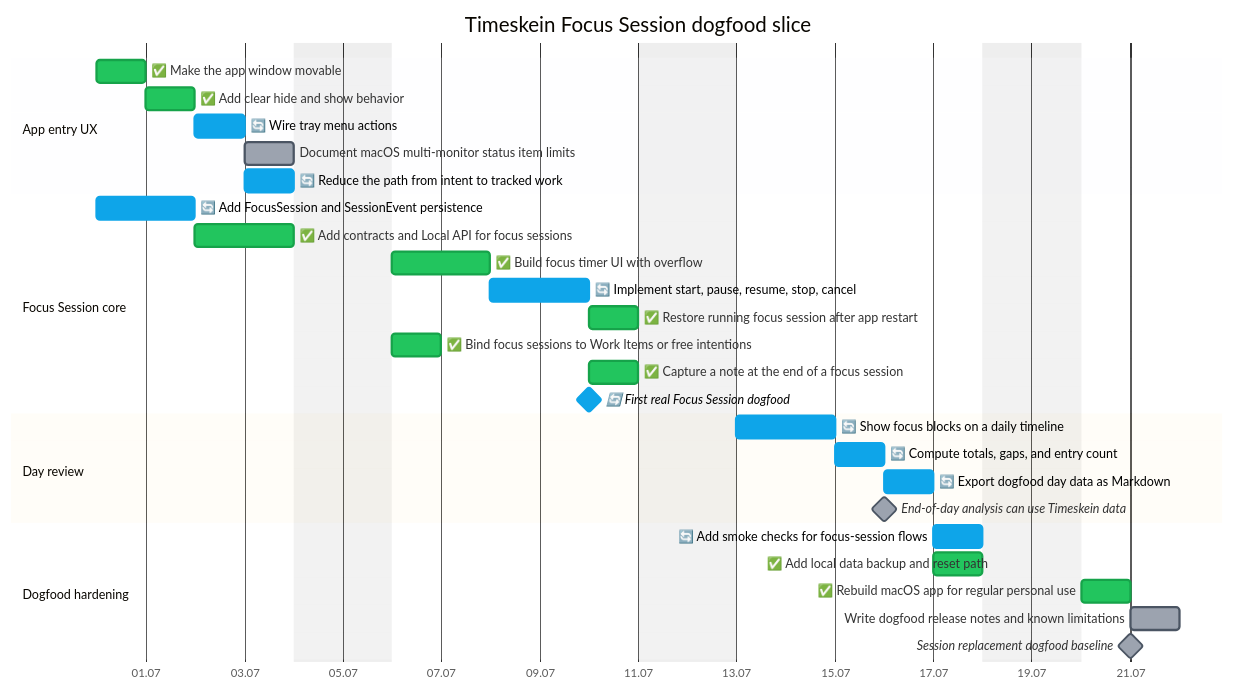
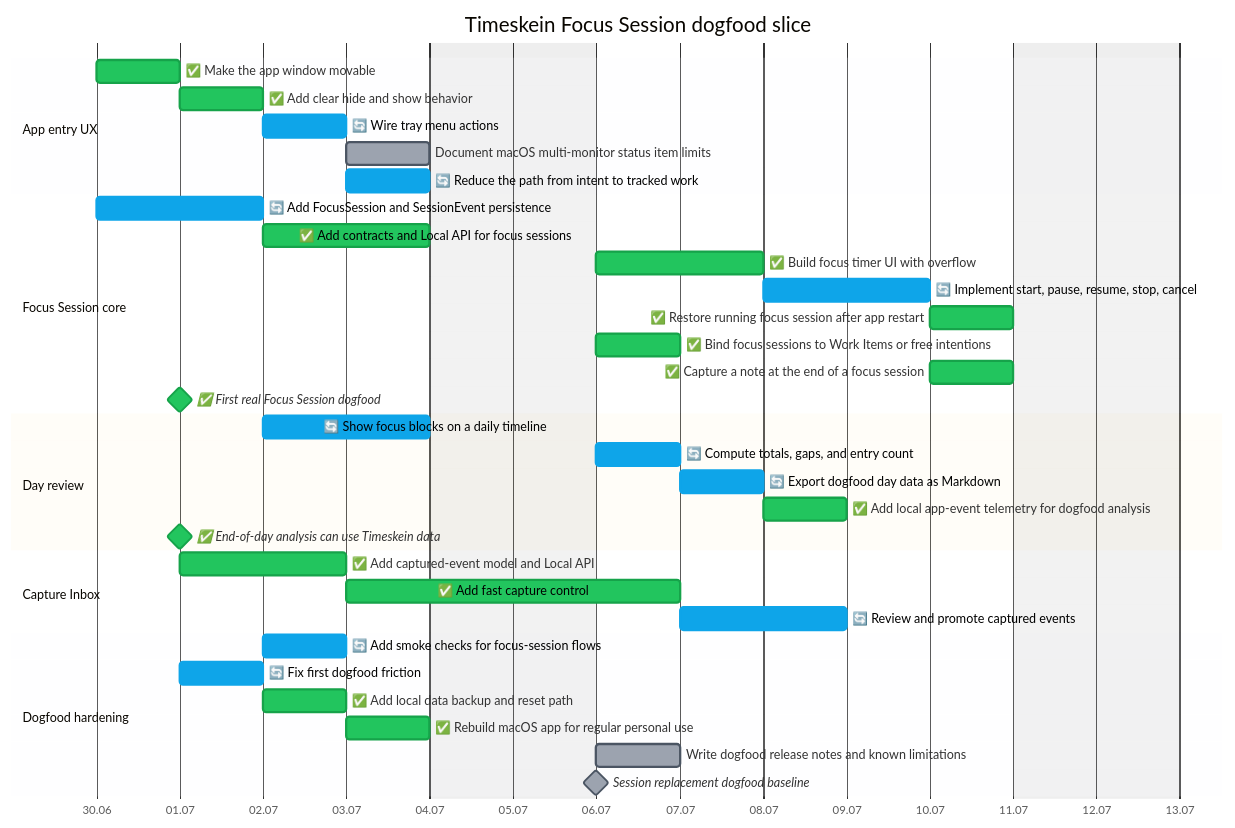
One commit to asukhodko/timeskein changed the second of 2 diagrams in docs/roadmap/opskarta.md. Above: the diagram before and after it, drawn with Mermaid. The commit also changed other lines of this file and 49 other files, not shown here.

Commit message:
Add post-dogfood capture inbox baseline

````diff
--- a/docs/roadmap/opskarta.md
+++ b/docs/roadmap/opskarta.md
@@ -60,36 +64,42 @@
 ```mermaid
 %%{init: {"theme": "base", "themeVariables": {"taskBkgColor": "#9ca3af", "taskBorderColor": "#4b5563", "taskTextColor": "#000000", "taskTextDarkColor": "#000000", "taskTextLightColor": "#000000", "activeTaskBkgColor": "#0ea5e9", "activeTaskBorderColor": "#0ea5e9", "doneTaskBkgColor": "#22c55e", "doneTaskBorderColor": "#16a34a", "critBkgColor": "#fecaca", "critBorderColor": "#fecaca", "todayLineColor": "#ef4444"}} }%%
 
 gantt
     title Timeskein Focus Session dogfood slice
     dateFormat YYYY-MM-DD
     axisFormat %d.%m
     excludes weekends
 
     section App entry UX
     ✅ Make the app window movable  :done, ts_ux_entry_window_drag,    2026-06-30, 1d
     ✅ Add clear hide and show behavior  :done, ts_ux_entry_hide_toggle,    2026-07-01, 1d
     🔄 Wire tray menu actions  :active, ts_ux_entry_tray_actions,    2026-07-02, 1d
     Document macOS multi-monitor status item limits  :ts_ux_entry_monitor_policy,    2026-07-03, 1d
     🔄 Reduce the path from intent to tracked work  :active, ts_ux_entry_fast_track_flow,    2026-07-03, 1d
     section Focus Session core
     🔄 Add FocusSession and SessionEvent persistence  :active, ts_focus_core_model_migrations,    2026-06-30, 2d
     ✅ Add contracts and Local API for focus sessions  :done, ts_focus_core_contracts_api,    2026-07-02, 2d
     ✅ Build focus timer UI with overflow  :done, ts_focus_core_timer_ui,    2026-07-06, 2d
     🔄 Implement start, pause, resume, stop, cancel  :active, ts_focus_core_session_lifecycle,    2026-07-08, 2d
     ✅ Restore running focus session after app restart  :done, ts_focus_core_restart_restore,    2026-07-10, 1d
     ✅ Bind focus sessions to Work Items or free intentions  :done, ts_focus_core_work_item_binding,    2026-07-06, 1d
     ✅ Capture a note at the end of a focus session  :done, ts_focus_core_session_notes,    2026-07-10, 1d
-    🔄 First real Focus Session dogfood  :milestone, active, ts_focus_core_dogfood_gate,    2026-07-10, 0d
+    ✅ First real Focus Session dogfood  :milestone, done, ts_focus_core_dogfood_gate,    2026-07-01, 0d
     section Day review
-    🔄 Show focus blocks on a daily timeline  :active, ts_day_review_timeline,    2026-07-13, 2d
-    🔄 Compute totals, gaps, and entry count  :active, ts_day_review_totals_gaps,    2026-07-15, 1d
-    🔄 Export dogfood day data as Markdown  :active, ts_day_review_export,    2026-07-16, 1d
-    End-of-day analysis can use Timeskein data  :milestone, ts_day_review_analysis_gate,    2026-07-16, 0d
+    🔄 Show focus blocks on a daily timeline  :active, ts_day_review_timeline,    2026-07-02, 2d
+    🔄 Compute totals, gaps, and entry count  :active, ts_day_review_totals_gaps,    2026-07-06, 1d
+    🔄 Export dogfood day data as Markdown  :active, ts_day_review_export,    2026-07-07, 1d
+    ✅ Add local app-event telemetry for dogfood analysis  :done, ts_day_review_app_telemetry,    2026-07-08, 1d
+    ✅ End-of-day analysis can use Timeskein data  :milestone, done, ts_day_review_analysis_gate,    2026-07-01, 0d
+    section Capture Inbox
+    ✅ Add captured-event model and Local API  :done, ts_capture_model_api,    2026-07-01, 2d
+    ✅ Add fast capture control  :done, ts_capture_quick_ui,    2026-07-03, 2d
+    🔄 Review and promote captured events  :active, ts_capture_review_flow,    2026-07-07, 2d
     section Dogfood hardening
-    🔄 Add smoke checks for focus-session flows  :active, ts_hardening_smoke,    2026-07-17, 1d
-    ✅ Add local data backup and reset path  :done, ts_hardening_backup_reset,    2026-07-17, 1d
-    ✅ Rebuild macOS app for regular personal use  :done, ts_hardening_package_app,    2026-07-20, 1d
-    Write dogfood release notes and known limitations  :ts_hardening_release_notes,    2026-07-21, 1d
-    Session replacement dogfood baseline  :milestone, ts_hardening_dogfood_release,    2026-07-21, 0d
+    🔄 Add smoke checks for focus-session flows  :active, ts_hardening_smoke,    2026-07-02, 1d
+    🔄 Fix first dogfood friction  :active, ts_hardening_post_dogfood_friction,    2026-07-01, 1d
+    ✅ Add local data backup and reset path  :done, ts_hardening_backup_reset,    2026-07-02, 1d
+    ✅ Rebuild macOS app for regular personal use  :done, ts_hardening_package_app,    2026-07-03, 1d
+    Write dogfood release notes and known limitations  :ts_hardening_release_notes,    2026-07-06, 1d
+    Session replacement dogfood baseline  :milestone, ts_hardening_dogfood_release,    2026-07-06, 0d
 ```
````
